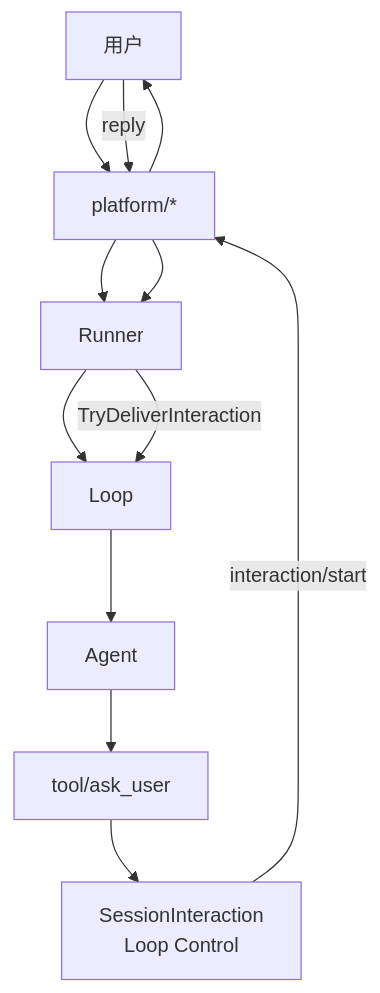
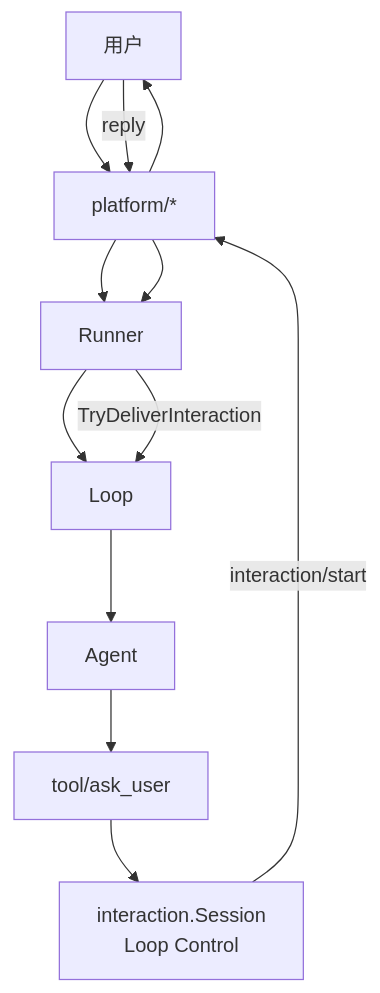
One commit to lengzhao/agentkit changed the diagram in docs/platform-interaction.zh.md. Above: the diagram before and after it, drawn with Mermaid. The commit also changed other lines of this file and 33 other files, not shown here.

````diff
--- a/docs/platform-interaction.zh.md
+++ b/docs/platform-interaction.zh.md
@@ -7,14 +9,14 @@
 ```mermaid
 flowchart TB
   User["用户"] --> Platform["platform/*"]
   Platform --> Runner
   Runner --> Loop
   Loop --> Agent
   Agent --> Tool["tool/ask_user"]
-  Tool --> SessionCtrl["SessionInteraction<br/>Loop Control"]
+  Tool --> SessionCtrl["interaction.Session<br/>Loop Control"]
   SessionCtrl -->|"interaction/start"| Platform
   Platform --> User
   User -->|"reply"| Platform
   Platform --> Runner
   Runner -->|"TryDeliverInteraction"| Loop
 ```
````
